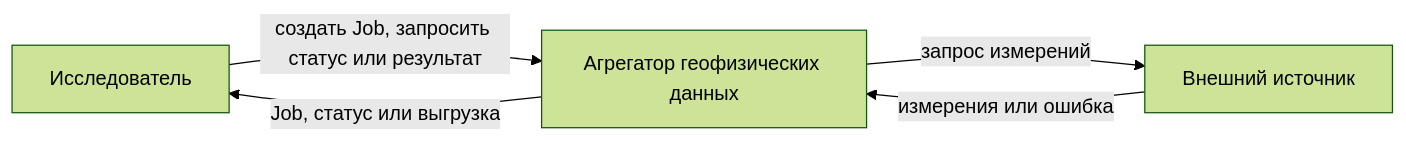
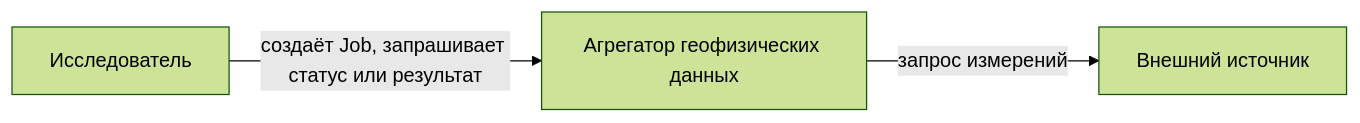
One commit to NaVi-4oK/team-amd changed the first of 3 diagrams in architecture.md. Above: the diagram before and after it, drawn with Mermaid (forest theme). The commit also changed other lines of this file, not shown here.

````diff
--- a/architecture.md
+++ b/architecture.md
@@ -9,7 +9,5 @@
 ```mermaid
 flowchart LR
-    researcher[Исследователь] -->|создать Job, запросить статус или результат| aggregator[Агрегатор геофизических данных]
-    aggregator -->|Job, статус или выгрузка| researcher
+    researcher[Исследователь] -->|создаёт Job, запрашивает статус или результат| aggregator[Агрегатор геофизических данных]
     aggregator -->|запрос измерений| source[Внешний источник]
-    source -->|измерения или ошибка| aggregator
 ```
````
